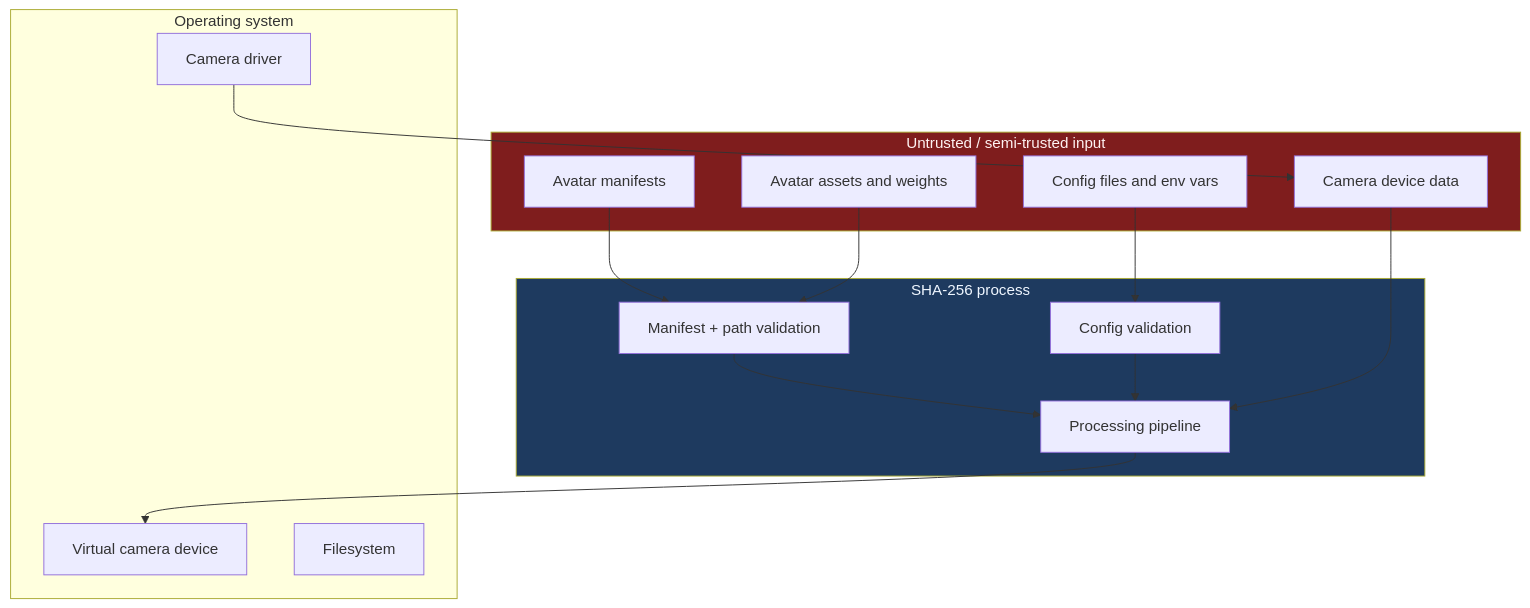
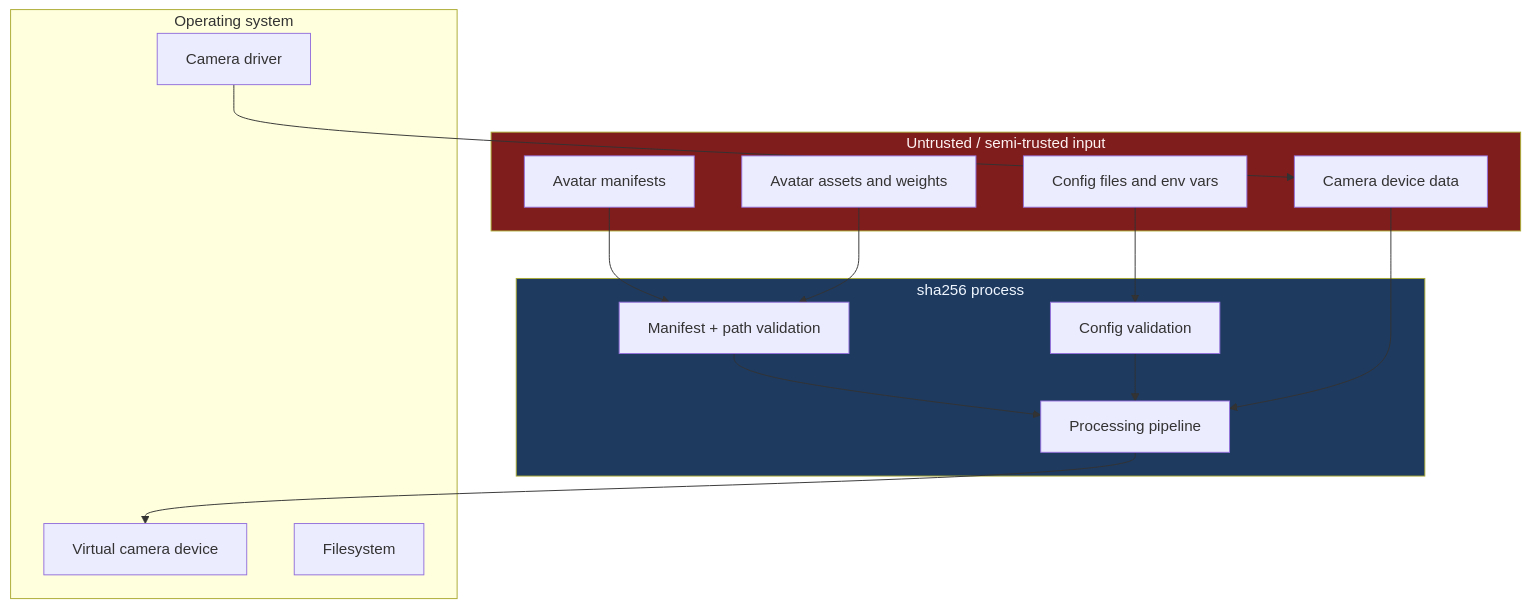
Before and after one commit to director0000000001/sha256-tensorrt: the diagram in docs/SECURITY.md, drawn with Mermaid. The commit also changed other lines of this file and 37 other files, not shown here.

````diff
--- a/docs/SECURITY.md
+++ b/docs/SECURITY.md
@@ -31,31 +31,31 @@
 ```mermaid
 graph TB
     subgraph UNTRUSTED["Untrusted / semi-trusted input"]
         AM[Avatar manifests]
         AA[Avatar assets and weights]
         CF[Config files and env vars]
         CD[Camera device data]
     end
 
-    subgraph TRUSTED["SHA-256 process"]
+    subgraph TRUSTED["sha256 process"]
         VAL[Manifest + path validation]
         CFG[Config validation]
         PIPE[Processing pipeline]
     end
 
     subgraph OS["Operating system"]
         CAM[Camera driver]
         VCAM[Virtual camera device]
         FS[Filesystem]
     end
 
     AM --> VAL --> PIPE
     AA --> VAL
     CF --> CFG --> PIPE
     CD --> PIPE
     PIPE --> VCAM
     CAM --> CD
 
     style UNTRUSTED fill:#7f1d1d,color:#fef2f2
     style TRUSTED fill:#1e3a5f,color:#eff6ff
 ```
````
